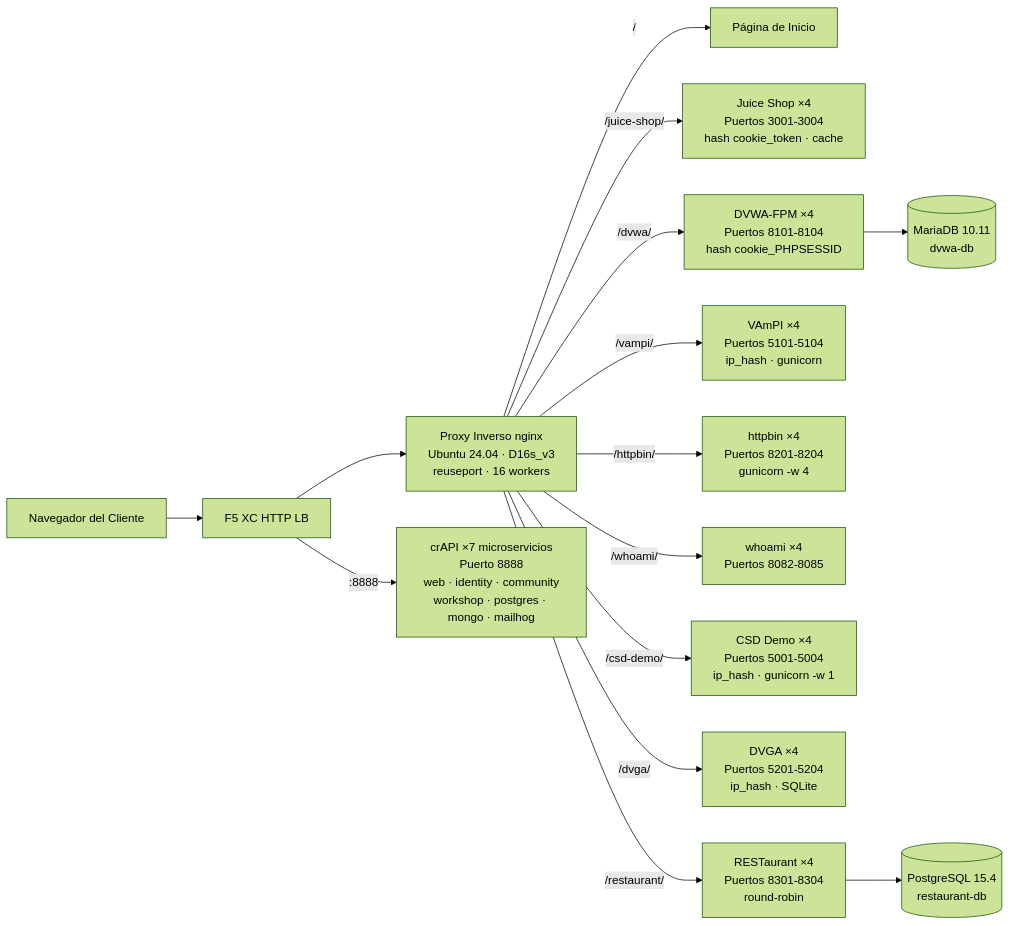
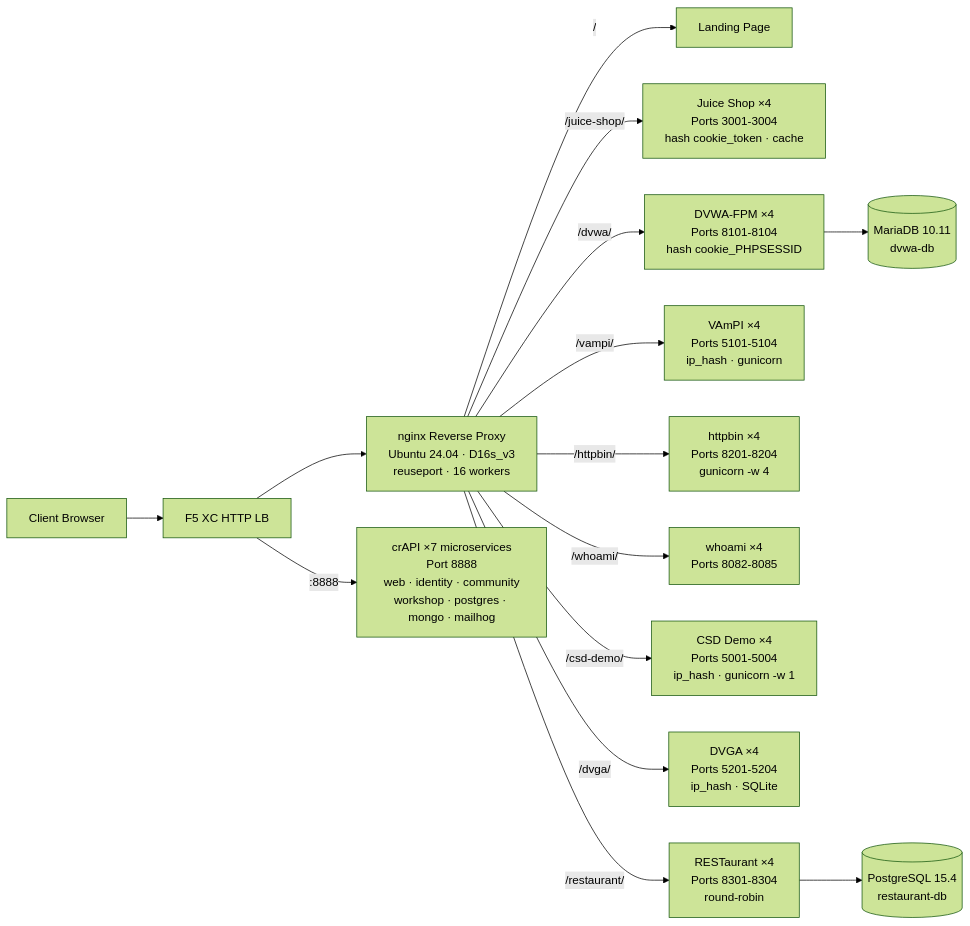
Before and after one commit to f5-sales-demo/origin-server: the diagram in docs/es/01-architecture.mdx, drawn with Mermaid (forest theme). The commit also changed other lines of this file and 106 other files, not shown here.

````diff
--- a/docs/es/01-architecture.mdx
+++ b/docs/es/01-architecture.mdx
@@ -29,17 +29,17 @@
 ```mermaid
 graph LR
-    Client[Navegador del Cliente] --> XCHLB[F5 XC HTTP LB]
-    XCHLB --> NGINX[Proxy Inverso nginx<br/>Ubuntu 24.04 · D16s_v3<br/>reuseport · 16 workers]
-    NGINX --> |/| DEFAULT[Página de Inicio]
-    NGINX --> |/juice-shop/| JS[Juice Shop ×4<br/>Puertos 3001-3004<br/>hash cookie_token · cache]
-    NGINX --> |/dvwa/| DVWA[DVWA-FPM ×4<br/>Puertos 8101-8104<br/>hash cookie_PHPSESSID]
-    NGINX --> |/vampi/| VAMPI[VAmPI ×4<br/>Puertos 5101-5104<br/>ip_hash · gunicorn]
-    NGINX --> |/httpbin/| HTTPBIN[httpbin ×4<br/>Puertos 8201-8204<br/>gunicorn -w 4]
-    NGINX --> |/whoami/| WHOAMI[whoami ×4<br/>Puertos 8082-8085]
-    NGINX --> |/csd-demo/| CSD[CSD Demo ×4<br/>Puertos 5001-5004<br/>ip_hash · gunicorn -w 1]
-    NGINX --> |/dvga/| DVGA[DVGA ×4<br/>Puertos 5201-5204<br/>ip_hash · SQLite]
-    NGINX --> |/restaurant/| REST[RESTaurant ×4<br/>Puertos 8301-8304<br/>round-robin]
-    XCHLB --> |:8888| CRAPI[crAPI ×7 microservicios<br/>Puerto 8888<br/>web · identity · community<br/>workshop · postgres · mongo · mailhog]
+    Client[Client Browser] --> XCHLB[F5 XC HTTP LB]
+    XCHLB --> NGINX[nginx Reverse Proxy<br/>Ubuntu 24.04 · D16s_v3<br/>reuseport · 16 workers]
+    NGINX --> |/| DEFAULT[Landing Page]
+    NGINX --> |/juice-shop/| JS[Juice Shop ×4<br/>Ports 3001-3004<br/>hash cookie_token · cache]
+    NGINX --> |/dvwa/| DVWA[DVWA-FPM ×4<br/>Ports 8101-8104<br/>hash cookie_PHPSESSID]
+    NGINX --> |/vampi/| VAMPI[VAmPI ×4<br/>Ports 5101-5104<br/>ip_hash · gunicorn]
+    NGINX --> |/httpbin/| HTTPBIN[httpbin ×4<br/>Ports 8201-8204<br/>gunicorn -w 4]
+    NGINX --> |/whoami/| WHOAMI[whoami ×4<br/>Ports 8082-8085]
+    NGINX --> |/csd-demo/| CSD[CSD Demo ×4<br/>Ports 5001-5004<br/>ip_hash · gunicorn -w 1]
+    NGINX --> |/dvga/| DVGA[DVGA ×4<br/>Ports 5201-5204<br/>ip_hash · SQLite]
+    NGINX --> |/restaurant/| REST[RESTaurant ×4<br/>Ports 8301-8304<br/>round-robin]
+    XCHLB --> |:8888| CRAPI[crAPI ×7 microservices<br/>Port 8888<br/>web · identity · community<br/>workshop · postgres · mongo · mailhog]
     DVWA --> DB[(MariaDB 10.11<br/>dvwa-db)]
     REST --> RESTDB[(PostgreSQL 15.4<br/>restaurant-db)]
 ```
````
